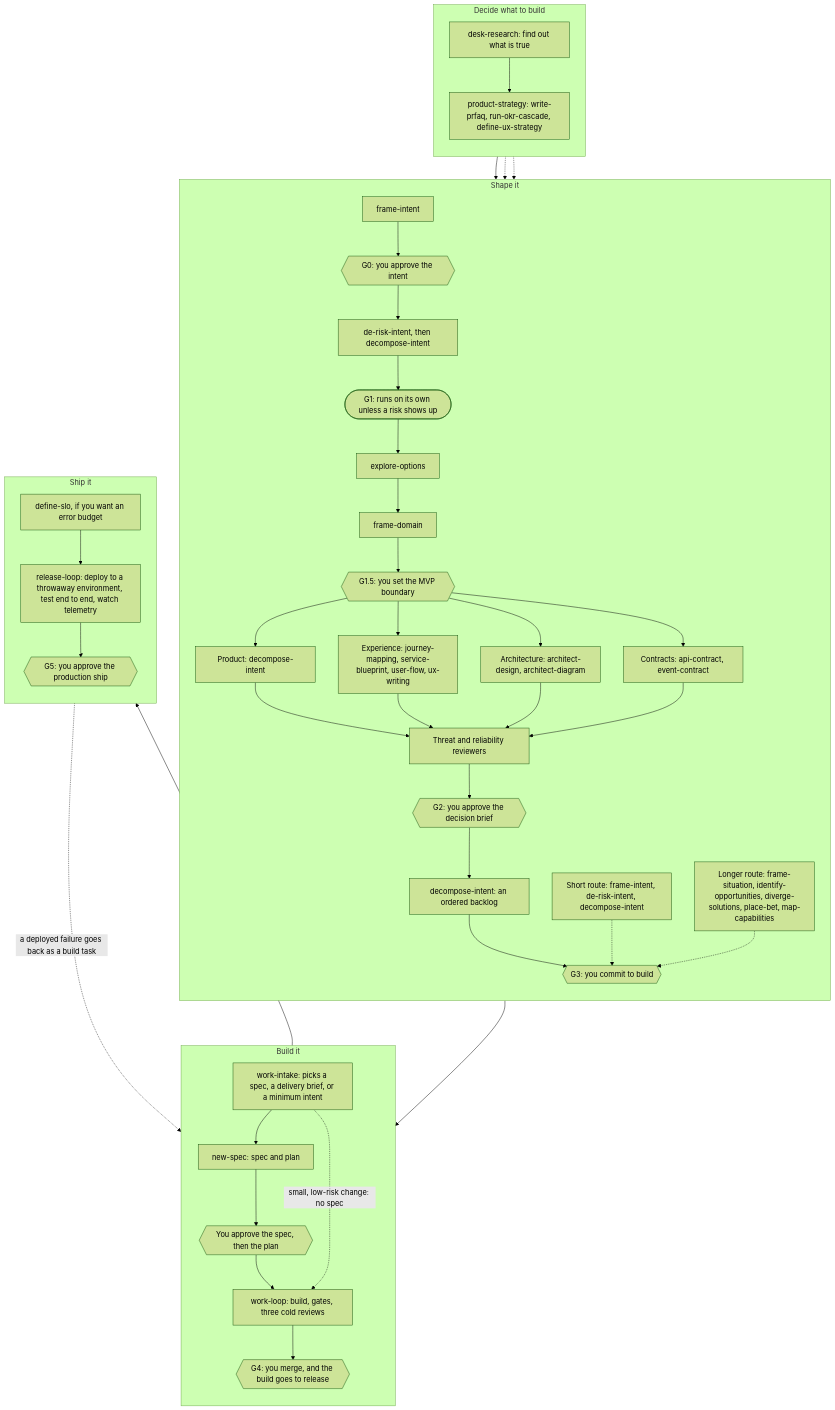
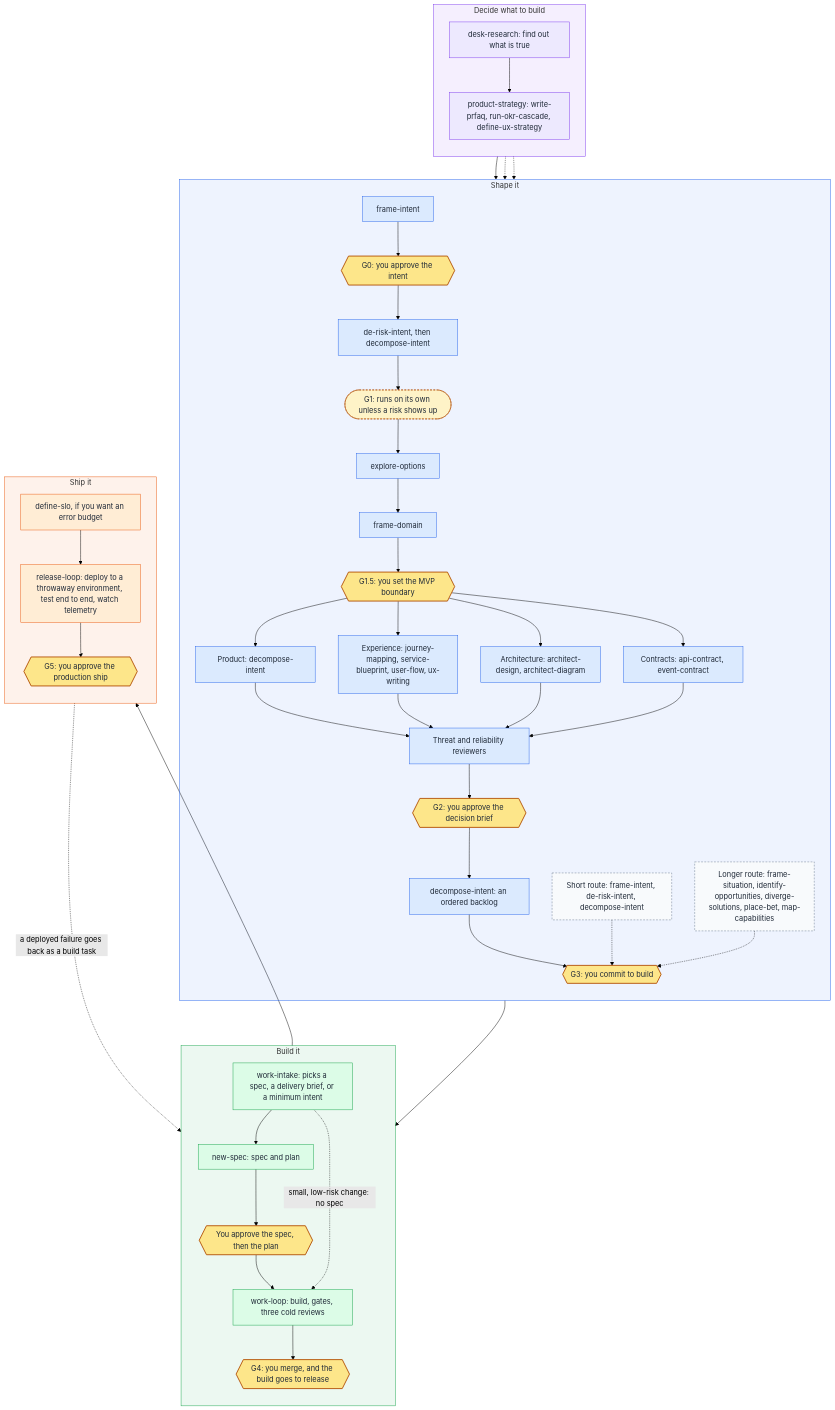
Before and after one commit to eugenelim/agent-ready-repo: the diagram in guides/_shared/explanation/the-three-loops.md, drawn with Mermaid (forest theme). The commit also changed other lines of this file, not shown here.

Commit message:
docs(guides): color the lifecycle swimlane by stage and decision point

````diff
--- a/guides/_shared/explanation/the-three-loops.md
+++ b/guides/_shared/explanation/the-three-loops.md
@@ -30,50 +30,69 @@
 ```mermaid
 flowchart TB
     subgraph decide["Decide what to build"]
         direction TB
         D1["desk-research: find out what is true"] --> D2["product-strategy: write-prfaq, run-okr-cascade, define-ux-strategy"]
     end
     subgraph shape["Shape it"]
         direction TB
         S1["frame-intent"] --> G0{{"G0: you approve the intent"}}
         G0 --> S2["de-risk-intent, then decompose-intent"]
         S2 --> G1(["G1: runs on its own unless a risk shows up"])
         G1 --> S3["explore-options"]
         S3 --> S4["frame-domain"]
         S4 --> G15{{"G1.5: you set the MVP boundary"}}
         G15 --> T1["Product: decompose-intent"]
         G15 --> T2["Experience: journey-mapping, service-blueprint, user-flow, ux-writing"]
         G15 --> T3["Architecture: architect-design, architect-diagram"]
         G15 --> T4["Contracts: api-contract, event-contract"]
         T1 --> RV["Threat and reliability reviewers"]
         T2 --> RV
         T3 --> RV
         T4 --> RV
         RV --> G2{{"G2: you approve the decision brief"}}
         G2 --> S5["decompose-intent: an ordered backlog"]
         S5 --> G3{{"G3: you commit to build"}}
         SR["Short route: frame-intent, de-risk-intent, decompose-intent"]
         LR["Longer route: frame-situation, identify-opportunities, diverge-solutions, place-bet, map-capabilities"]
     end
     subgraph build["Build it"]
         direction TB
         B1["work-intake: picks a spec, a delivery brief, or a minimum intent"] --> B2["new-spec: spec and plan"]
         B2 --> B3{{"You approve the spec, then the plan"}}
         B3 --> B4["work-loop: build, gates, three cold reviews"]
         B4 --> G4{{"G4: you merge, and the build goes to release"}}
     end
     subgraph ship["Ship it"]
         direction TB
         L1["define-slo, if you want an error budget"] --> L2["release-loop: deploy to a throwaway environment, test end to end, watch telemetry"]
         L2 --> G5{{"G5: you approve the production ship"}}
     end
     D2 --> S1
     D2 -.-> SR
     D2 -.-> LR
     SR -.-> G3
     LR -.-> G3
     G3 --> B1
     B1 -. "small, low-risk change: no spec" .-> B4
     G4 --> L1
     L2 -. "a deployed failure goes back as a build task" .-> B4
+
+    classDef decideStep fill:#ede9fe,stroke:#7c3aed,color:#1f2937
+    classDef shapeStep fill:#dbeafe,stroke:#2563eb,color:#1f2937
+    classDef buildStep fill:#dcfce7,stroke:#16a34a,color:#1f2937
+    classDef shipStep fill:#ffedd5,stroke:#ea580c,color:#1f2937
+    classDef gate fill:#fde68a,stroke:#b45309,stroke-width:2px,color:#1f2937
+    classDef autoGate fill:#fef3c7,stroke:#b45309,stroke-dasharray:4 3,color:#1f2937
+    classDef shortcut fill:#f8fafc,stroke:#64748b,stroke-dasharray:4 3,color:#1f2937
+    class D1,D2 decideStep
+    class S1,S2,S3,S4,S5,T1,T2,T3,T4,RV shapeStep
+    class B1,B2,B4 buildStep
+    class L1,L2 shipStep
+    class G0,G15,G2,G3,B3,G4,G5 gate
+    class G1 autoGate
+    class SR,LR shortcut
+    style decide fill:#7c3aed14,stroke:#7c3aed
+    style shape fill:#2563eb14,stroke:#2563eb
+    style build fill:#16a34a14,stroke:#16a34a
+    style ship fill:#ea580c14,stroke:#ea580c
 ```
````
